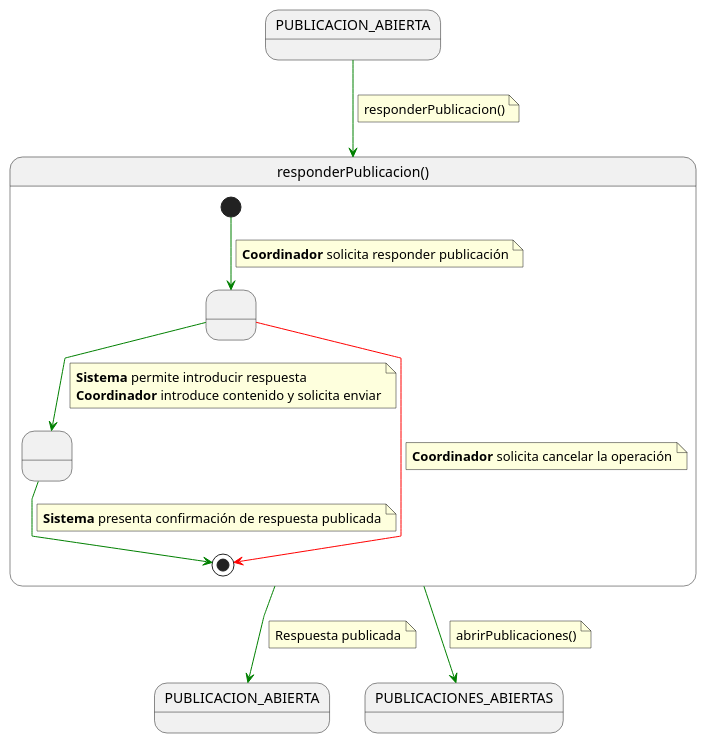
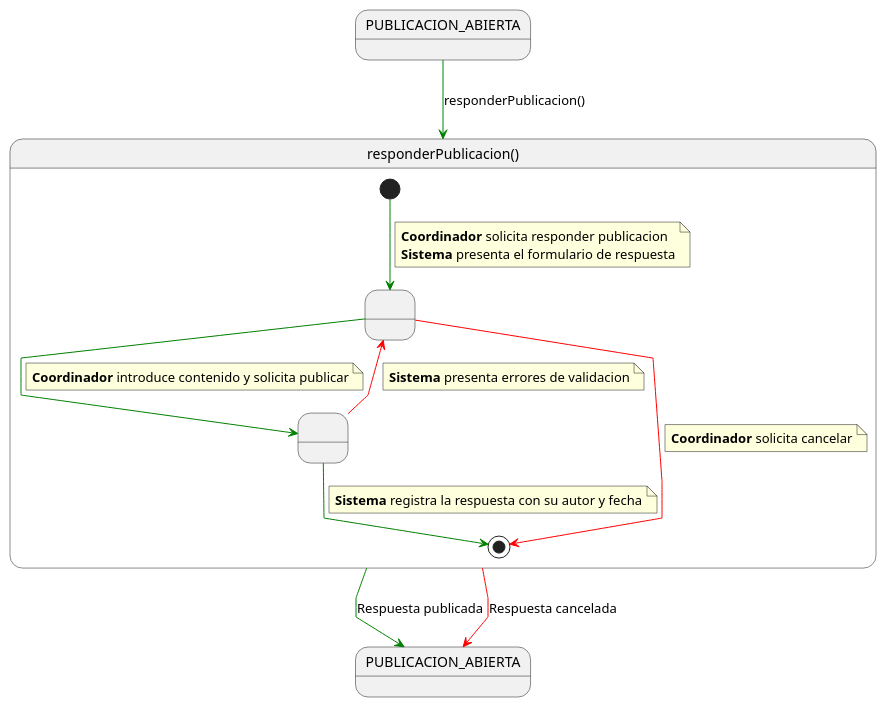
Before and after one commit to beatriizorozco/25-26-idsw2-sdVC: the diagram in RUP/00-casos-uso/02-detalle/coordinador/responderPublicacion/especificacion.puml, drawn with PlantUML. The commit also changed 44 other files, not shown here.

```diff
--- a/RUP/00-casos-uso/02-detalle/coordinador/responderPublicacion/especificacion.puml
+++ b/RUP/00-casos-uso/02-detalle/coordinador/responderPublicacion/especificacion.puml
@@ -1,48 +1,40 @@
 @startuml responderPublicacion
-
 skinparam linetype polyline
 
-state in2 as "PUBLICACION_ABIERTA"
-in2 -[#green]-> responderPublicacion
-note on link
-responderPublicacion()
-end note
+state in1 as "PUBLICACION_ABIERTA"
+in1 -[#green]-> responderPublicacion : responderPublicacion()
 
 state responderPublicacion as "responderPublicacion()" {
-
     state " " as IntroduciendoRespuesta
-    state " " as RespuestaRegistrada
+    state " " as ValidandoRespuesta
 
     [*] -[#green]-> IntroduciendoRespuesta
     note on link
-    <b>Coordinador</b> solicita responder publicación
+    <b>Coordinador</b> solicita responder publicacion
+    <b>Sistema</b> presenta el formulario de respuesta
     end note
 
-    IntroduciendoRespuesta -[#green]-> RespuestaRegistrada
+    IntroduciendoRespuesta -[#green]-> ValidandoRespuesta
     note on link
-    <b>Sistema</b> permite introducir respuesta
-    <b>Coordinador</b> introduce contenido y solicita enviar
+    <b>Coordinador</b> introduce contenido y solicita publicar
+    end note
+
+    ValidandoRespuesta -[#green]-> [*]
+    note on link
+    <b>Sistema</b> registra la respuesta con su autor y fecha
+    end note
+
+    ValidandoRespuesta -[#red]-> IntroduciendoRespuesta
+    note on link
+    <b>Sistema</b> presenta errores de validacion
     end note
 
     IntroduciendoRespuesta -[#red]-> [*]
     note on link
-    <b>Coordinador</b> solicita cancelar la operación
-    end note
-
-    RespuestaRegistrada -[#green]-> [*]
-    note on link
-    <b>Sistema</b> presenta confirmación de respuesta publicada
+    <b>Coordinador</b> solicita cancelar
     end note
 }
 
-responderPublicacion -[#green]-> PUBLICACION_ABIERTA
-note on link
-Respuesta publicada
-end note
-
-responderPublicacion -[#green]-> PUBLICACIONES_ABIERTAS
-note on link
-abrirPublicaciones()
-end note
-
+responderPublicacion -[#green]-> PUBLICACION_ABIERTA : Respuesta publicada
+responderPublicacion -[#red]-> PUBLICACION_ABIERTA : Respuesta cancelada
 @enduml
```
